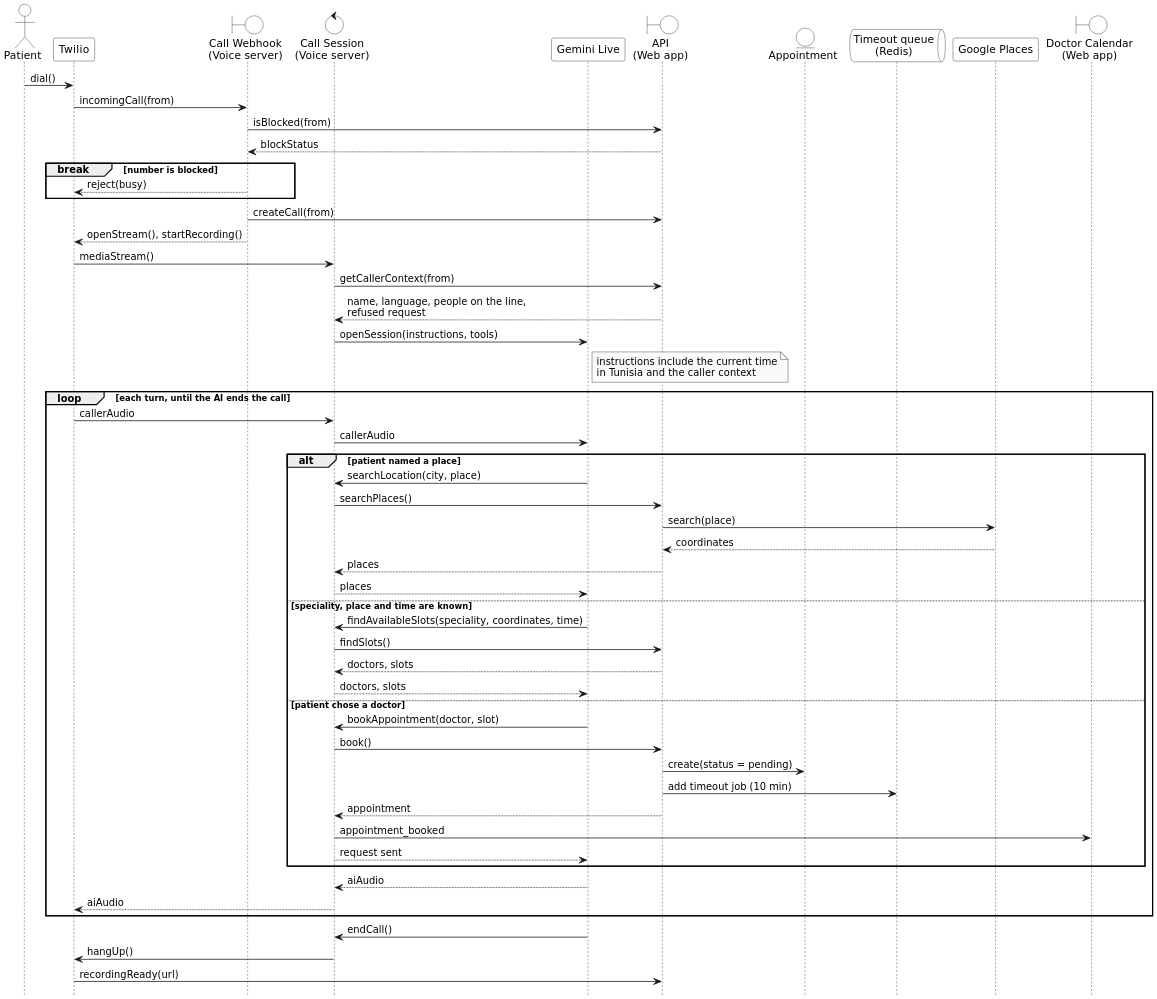
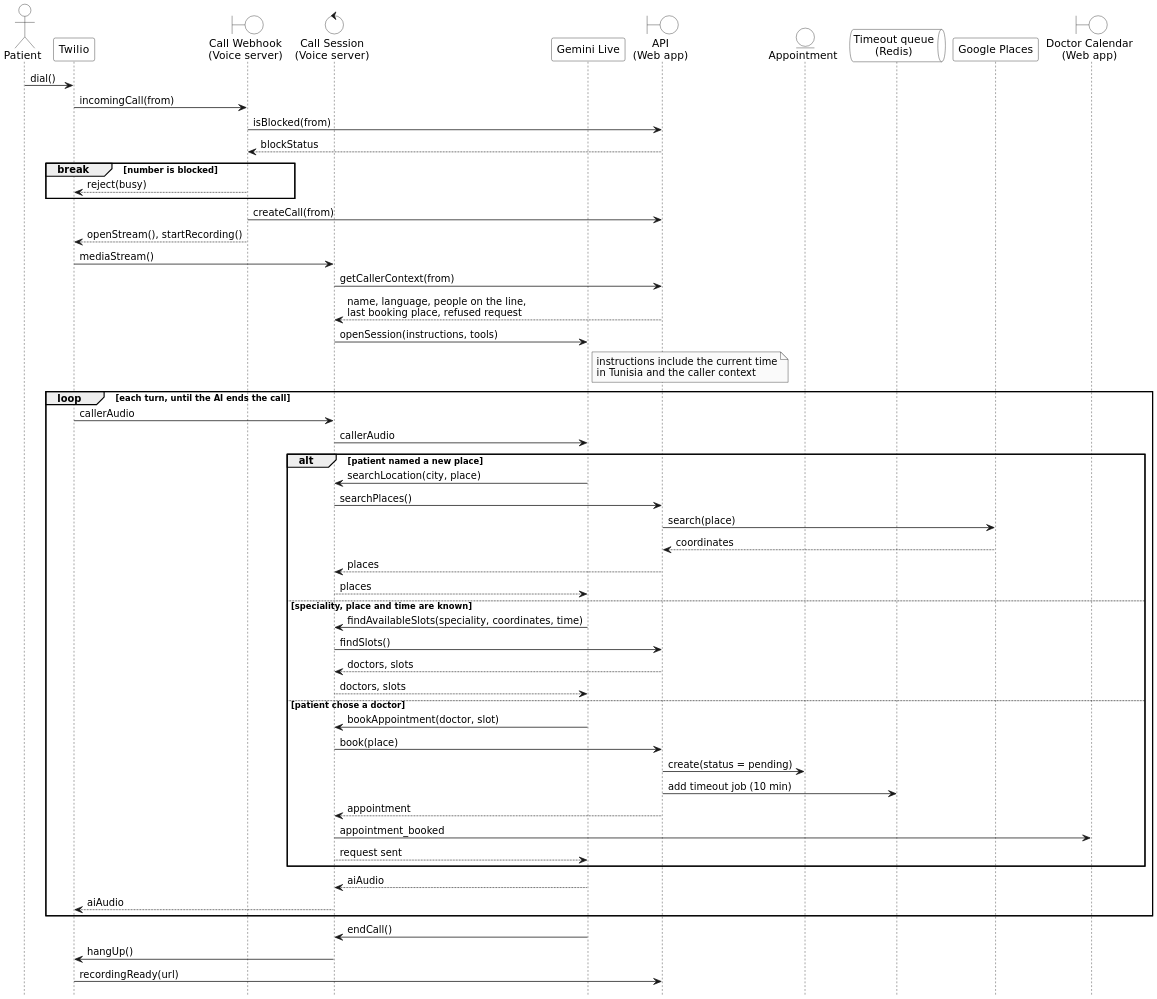
The diagram in images/diagrams/src/sequence_call_flow.puml (AtriOmar/riaya-report), drawn with PlantUML before and after one commit. The commit also changed 5 other files, not shown here.

First line of the commit message:
Describe the last booking place in the data model, the call flow and the search

```diff
--- a/images/diagrams/src/sequence_call_flow.puml
+++ b/images/diagrams/src/sequence_call_flow.puml
@@ -1,73 +1,73 @@
 @startuml sequence_call_flow
 skinparam dpi 192
 skinparam monochrome true
 skinparam shadowing false
 skinparam defaultFontName "DejaVu Sans"
 skinparam ParticipantBackgroundColor white
 skinparam ActorBackgroundColor white
 skinparam BoundaryBackgroundColor white
 skinparam ControlBackgroundColor white
 skinparam EntityBackgroundColor white
 skinparam QueueBackgroundColor white
 skinparam SequenceGroupHeaderBackgroundColor white
 hide footbox
 
 actor "Patient" as P
 participant "Twilio" as T
 boundary "Call Webhook\n(Voice server)" as H
 control "Call Session\n(Voice server)" as S
 participant "Gemini Live" as G
 boundary "API\n(Web app)" as A
 entity "Appointment" as E
 queue "Timeout queue\n(Redis)" as Q
 participant "Google Places" as GP
 boundary "Doctor Calendar\n(Web app)" as C
 
 P -> T : dial()
 T -> H : incomingCall(from)
 H -> A : isBlocked(from)
 A --> H : blockStatus
 break number is blocked
   H --> T : reject(busy)
 end
 H -> A : createCall(from)
 H --> T : openStream(), startRecording()
 T -> S : mediaStream()
 S -> A : getCallerContext(from)
-A --> S : name, language, people on the line,\nrefused request
+A --> S : name, language, people on the line,\nlast booking place, refused request
 S -> G : openSession(instructions, tools)
 note right of G
   instructions include the current time
   in Tunisia and the caller context
 end note
 loop each turn, until the AI ends the call
   T -> S : callerAudio
   S -> G : callerAudio
-  alt patient named a place
+  alt patient named a new place
     G -> S : searchLocation(city, place)
     S -> A : searchPlaces()
     A -> GP : search(place)
     GP --> A : coordinates
     A --> S : places
     S --> G : places
   else speciality, place and time are known
     G -> S : findAvailableSlots(speciality, coordinates, time)
     S -> A : findSlots()
     A --> S : doctors, slots
     S --> G : doctors, slots
   else patient chose a doctor
     G -> S : bookAppointment(doctor, slot)
-    S -> A : book()
+    S -> A : book(place)
     A -> E : create(status = pending)
     A -> Q : add timeout job (10 min)
     A --> S : appointment
     S -> C : appointment_booked
     S --> G : request sent
   end
   G --> S : aiAudio
   S --> T : aiAudio
 end
 G -> S : endCall()
 S -> T : hangUp()
 T -> A : recordingReady(url)
 @enduml
```
